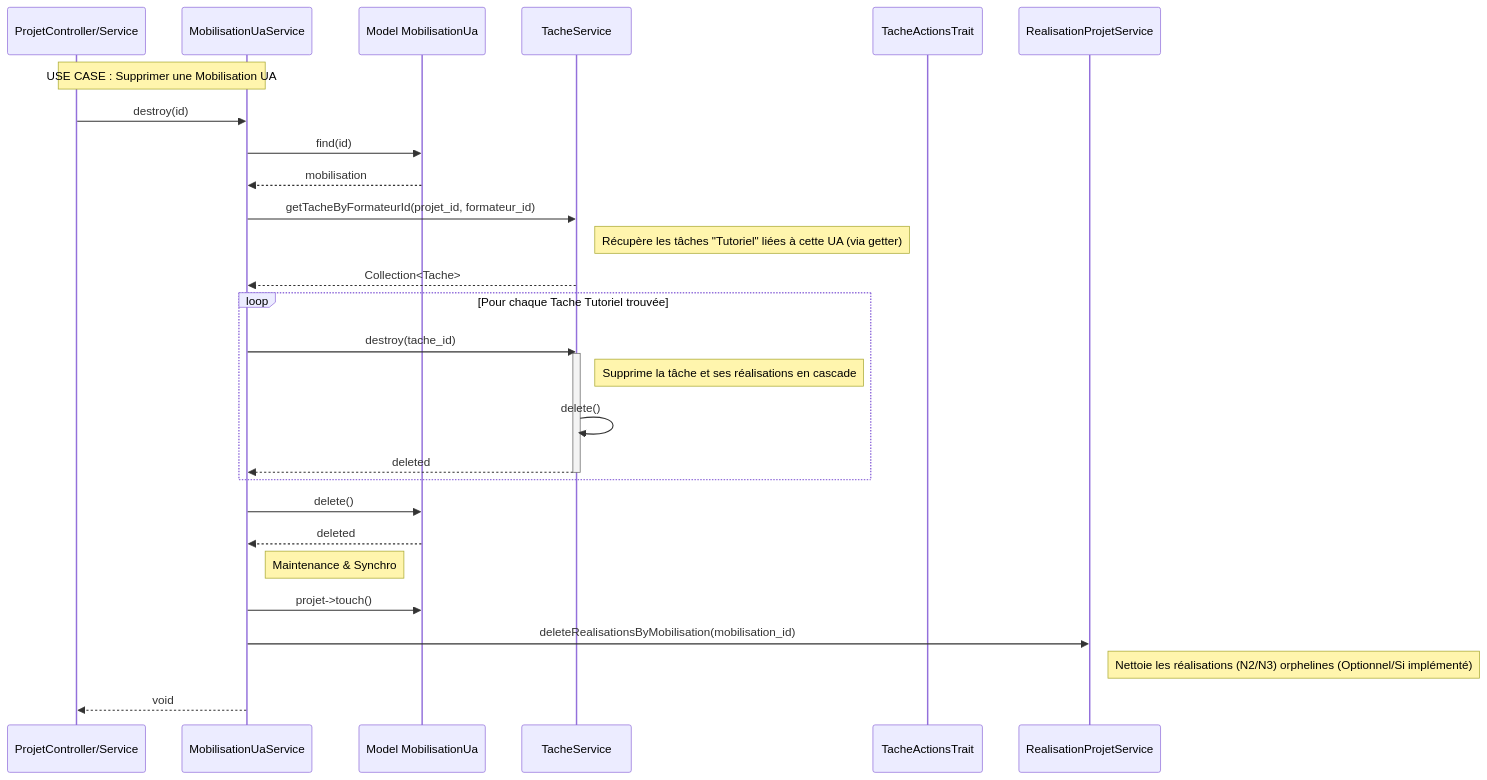
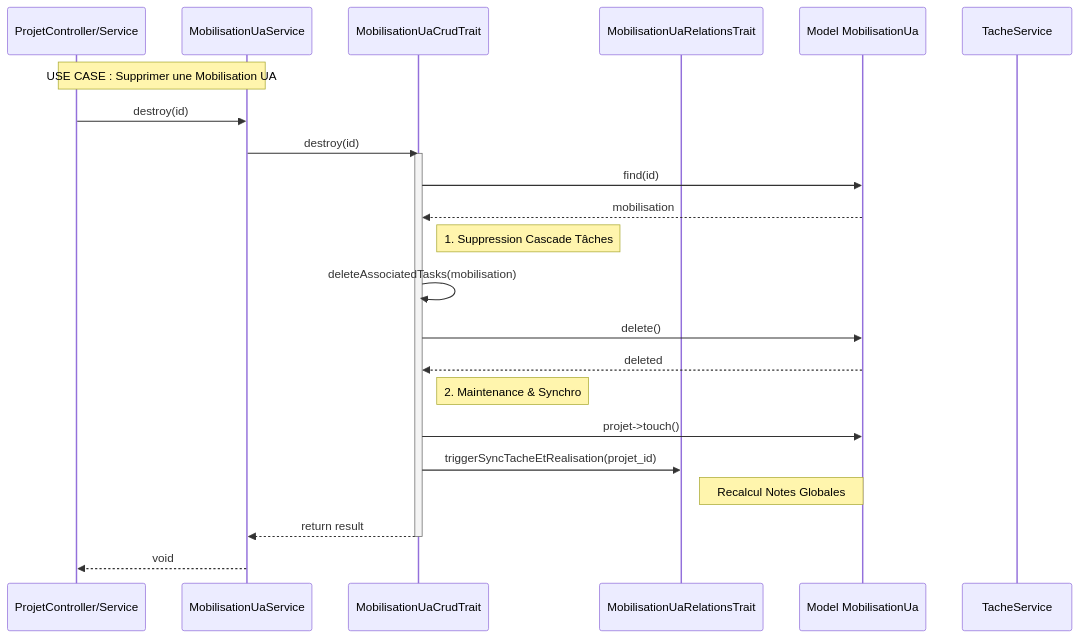
Before and after one commit to solicode-lms/app: the diagram in docs/1.scenarios/PkgCreationProjet/MobilisationUa/mobilisation_ua_suppression.scenario.mmd, drawn with Mermaid. The commit also changed 6 other files, not shown here.

```diff
--- a/docs/1.scenarios/PkgCreationProjet/MobilisationUa/mobilisation_ua_suppression.scenario.mmd
+++ b/docs/1.scenarios/PkgCreationProjet/MobilisationUa/mobilisation_ua_suppression.scenario.mmd
@@ -1,37 +1,33 @@
 sequenceDiagram
     participant PS as ProjetController/Service
     participant MS as MobilisationUaService
+    participant MCT as MobilisationUaCrudTrait
+    participant MRT as MobilisationUaRelationsTrait
     participant M as Model MobilisationUa
     participant TS as TacheService
-    participant TAT as TacheActionsTrait
-    participant RPS as RealisationProjetService
 
     Note over PS, MS: USE CASE : Supprimer une Mobilisation UA
 
     PS->>MS: destroy(id)
-    MS->>M: find(id)
-    M-->>MS: mobilisation
+    MS->>MCT: destroy(id)
+    activate MCT
     
-    MS->>TS: getTacheByFormateurId(projet_id, formateur_id)
-    Note right of TS: Récupère les tâches "Tutoriel" liées à cette UA (via getter)
-    TS-->>MS: Collection<Tache>
+    MCT->>M: find(id)
+    M-->>MCT: mobilisation
     
-    loop Pour chaque Tache Tutoriel trouvée
-        MS->>TS: destroy(tache_id)
-        activate TS
-        Note right of TS: Supprime la tâche et ses réalisations en cascade
-        TS->>TS: delete()
-        TS-->>MS: deleted
-        deactivate TS
-    end
+    Note right of MCT: 1. Suppression Cascade Tâches
+    MCT->>MCT: deleteAssociatedTasks(mobilisation)
+    
+    MCT->>M: delete()
+    M-->>MCT: deleted
 
-    MS->>M: delete()
-    M-->>MS: deleted
-
-    Note right of MS: Maintenance & Synchro
-    MS->>M: projet->touch()
+    Note right of MCT: 2. Maintenance & Synchro
+    MCT->>M: projet->touch()
     
-    MS->>RPS: deleteRealisationsByMobilisation(mobilisation_id)
-    Note right of RPS: Nettoie les réalisations (N2/N3) orphelines (Optionnel/Si implémenté)
+    MCT->>MRT: triggerSyncTacheEtRealisation(projet_id)
+    Note right of MRT: Recalcul Notes Globales
+    
+    MCT-->>MS: return result
+    deactivate MCT
     
     MS-->>PS: void
```
